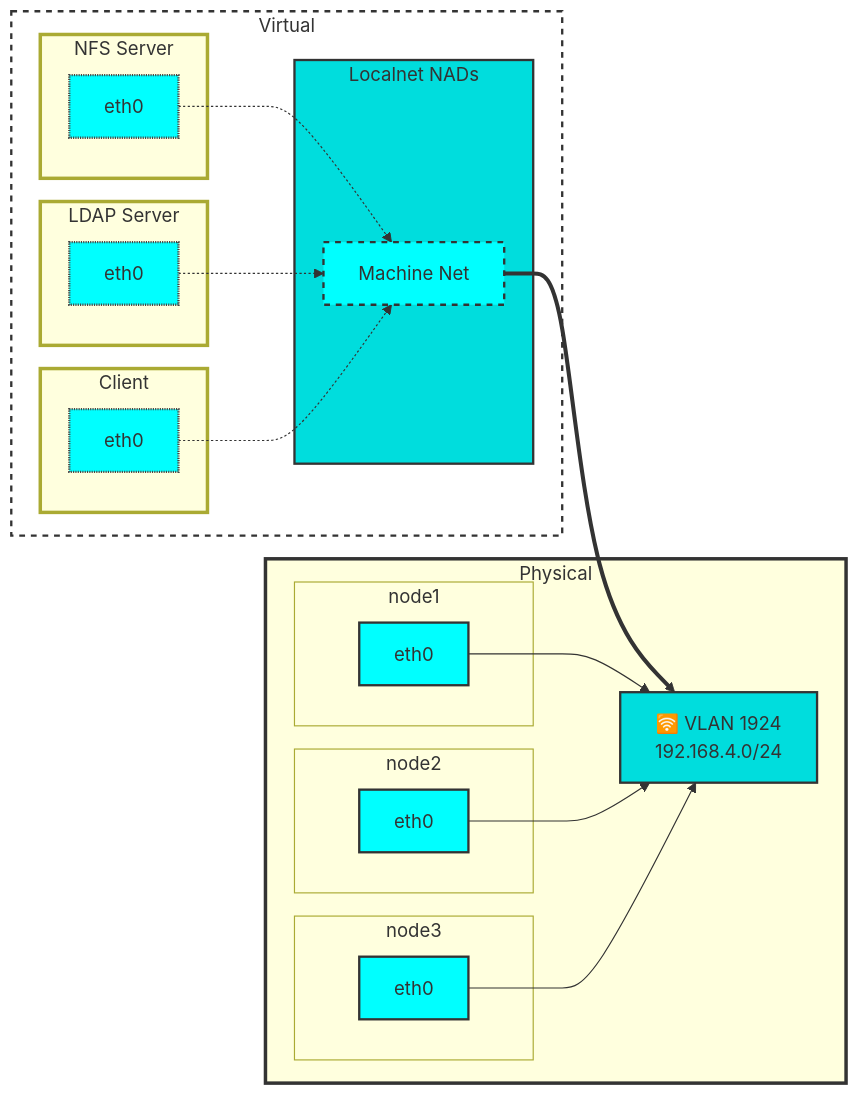
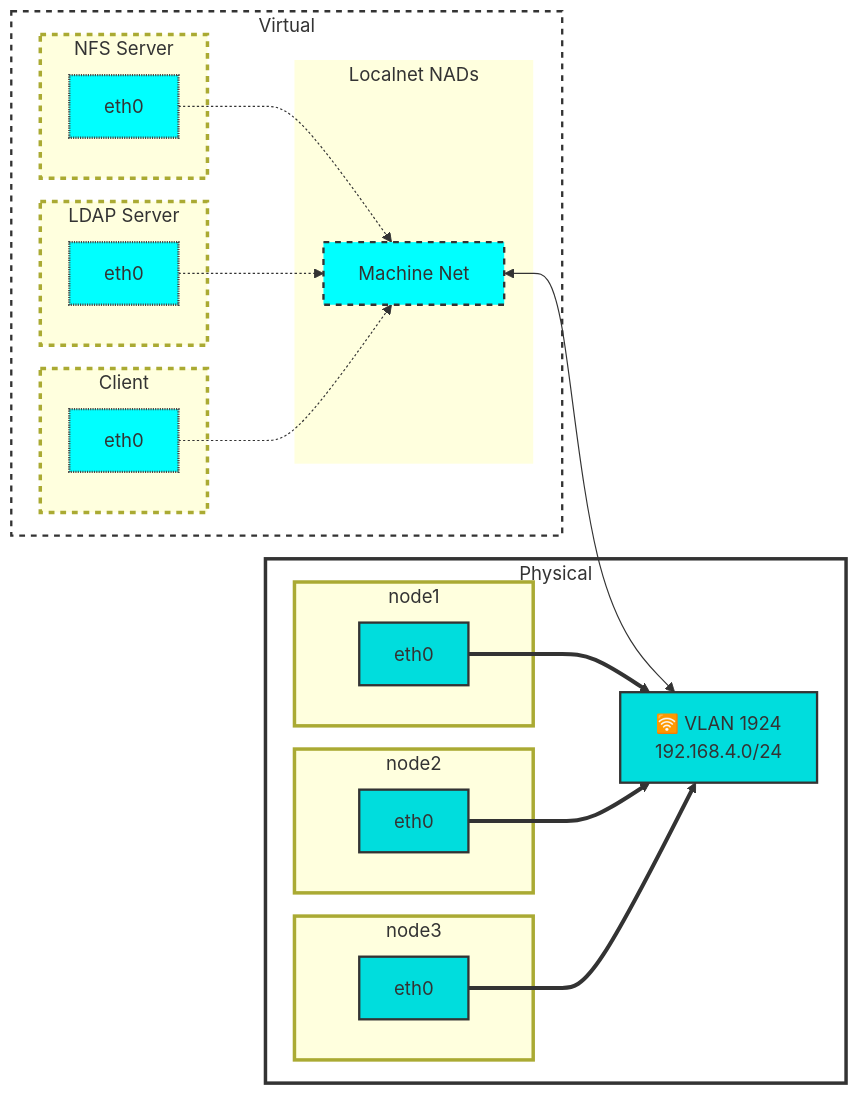
The diagram in content/blog/Deploying-LDAP-AutoFS-with-OpenShift-Virtualization.md (dlbewley/guifreelife-src), drawn with Mermaid before and after one commit.

````diff
--- a/content/blog/Deploying-LDAP-AutoFS-with-OpenShift-Virtualization.md
+++ b/content/blog/Deploying-LDAP-AutoFS-with-OpenShift-Virtualization.md
@@ -76,65 +76,68 @@
 ```mermaid
 graph LR;
-    nad-1924 ==> vlan-1924
+    nad-1924 <--> vlan-1924
     vlan-1924[🛜 VLAN 1924<br>192.168.4.0/24<br>]:::vlan-1924;
 
     subgraph Physical["Physical"]
       subgraph node1
         node1-eth0[eth0]:::node-eth;
       end
       subgraph node2
         node2-eth0[eth0]:::node-eth;
       end
       subgraph node3
         node3-eth0[eth0]:::node-eth;
       end
 
 
-      node1-eth0 --> vlan-1924
-      node2-eth0 --> vlan-1924;
-      node3-eth0 --> vlan-1924;
+      node1-eth0 ==> vlan-1924
+      node2-eth0 ==> vlan-1924;
+      node3-eth0 ==> vlan-1924;
     end
 
     subgraph Virtual["Virtual"]
 
       subgraph Localnets["Localnet NADs"]
           nad-1924[Machine Net]:::nad-1924;
       end
 
       subgraph NFS-Server["NFS Server"]
           server-1-eth0[eth0]:::vm-eth;
       end
 
       subgraph LDAP-Server["LDAP Server"]
           server-2-eth0[eth0]:::vm-eth;
       end
 
       subgraph Client
           server-3-eth0[eth0]:::vm-eth;
       end
     end
 
     server-1-eth0 -.-> nad-1924
     server-2-eth0 -.-> nad-1924
     server-3-eth0 -.-> nad-1924
 
 
 
-    classDef node-eth fill:#00ffff,stroke:#333,stroke-width:2px;
+    classDef node-eth fill:#00dddd,stroke:#333,stroke-width:2px;
     classDef vm-eth fill:#00ffff,stroke:#444,stroke-width:2px,stroke-dasharray: 1 1;
 
 
     classDef vlan-1924 fill:#00dddd,stroke:#333,stroke-width:2px;
     classDef nad-1924 fill:#00ffff,stroke:#333,stroke-width:2px,stroke-dasharray: 5 5;
 
 
     classDef networks fill:#cdd,stroke-width:0px
 
-    style Localnets fill:#00dddd,stroke:#333,stroke-width:2px;
-    style Physical file:#fff,stroke:#333,stroke-width:3px
+    style Localnets stroke-width:0px;
+    style Physical fill:#fff,stroke:#333,stroke-width:3px
     style Virtual fill:#fff,stroke:#333,stroke-width:2px,stroke-dasharray: 5 5;
 
-    classDef servers stroke-width:3px
+    classDef servers stroke-width:3px,stroke-dasharray: 5 5;
     class NFS-Server,LDAP-Server,Client servers
 
+    classDef nodes stroke-width:3px
+    class node1,node2,node3 nodes
+
 ```
````
